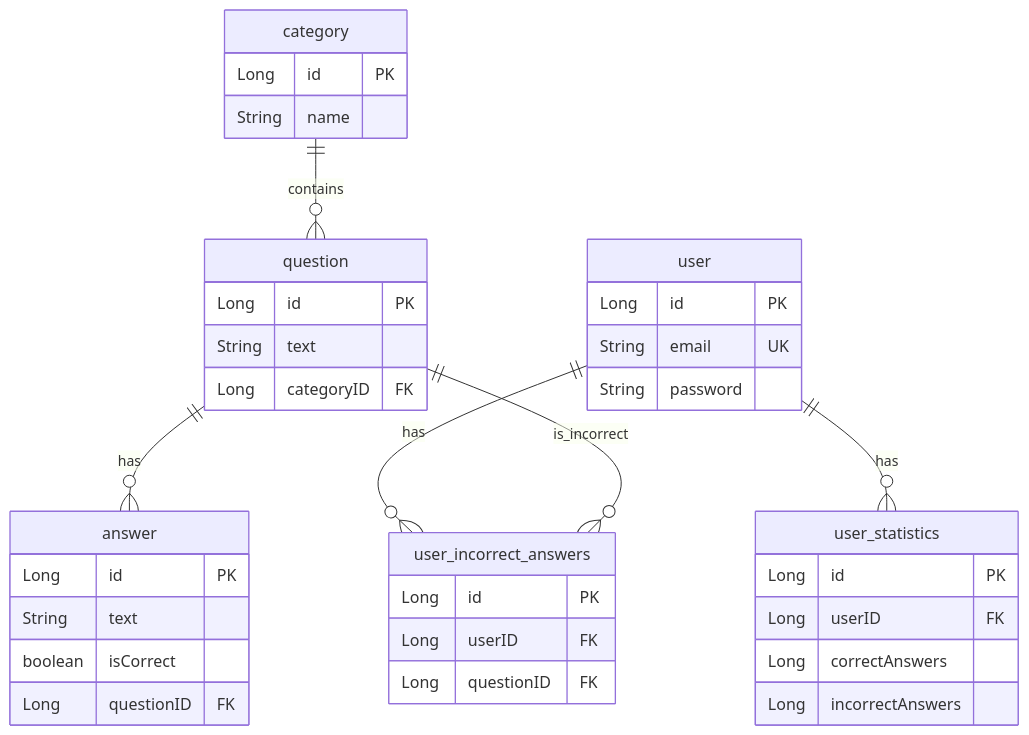
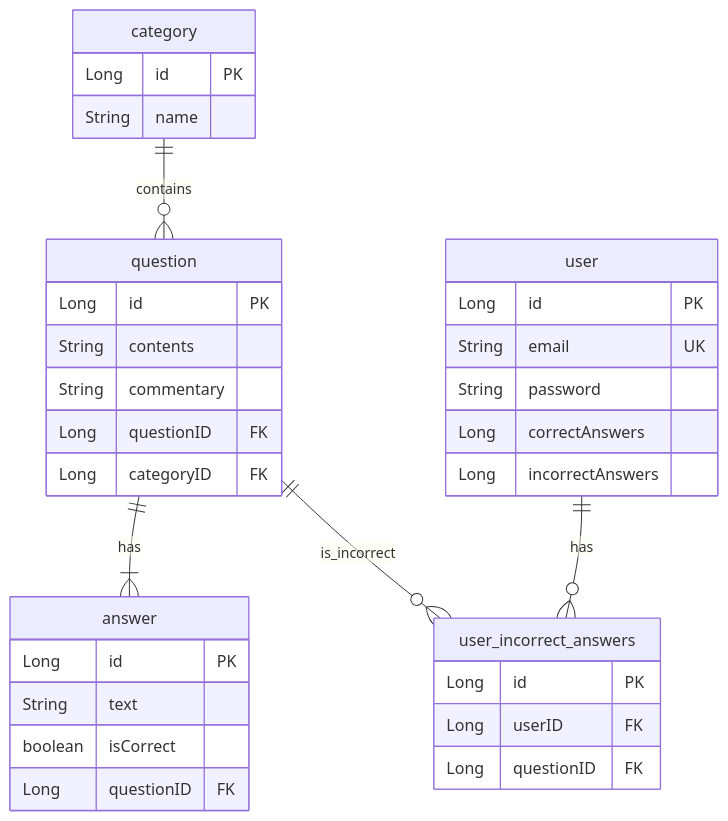
The diagram in README.md (Q-int/Qint_Backend), drawn with Mermaid before and after one commit.

Commit message:
docs: erd 수정

````diff
--- a/README.md
+++ b/README.md
@@ -3,45 +3,41 @@
 ```mermaid
 erDiagram
     user {
         Long id PK
         String email UK
         String password
+        Long correctAnswers
+        Long incorrectAnswers
     }
 
     category {
         Long id PK
         String name
     }
 
     question {
         Long id PK
-        String text
+        String contents
+        String commentary
+        Long questionID FK
         Long categoryID FK
     }
-
+    
     answer {
         Long id PK
         String text
         boolean isCorrect
         Long questionID FK
-    }
-
-    user_statistics {
-        Long id PK
-        Long userID FK
-        Long correctAnswers
-        Long incorrectAnswers
     }
 
     user_incorrect_answers {
         Long id PK
         Long userID FK
         Long questionID FK
     }
 
-    user ||--o{ user_statistics : has
     user ||--o{ user_incorrect_answers : has
     category ||--o{ question : contains
-    question ||--o{ answer : has
+    question ||--|{ answer : has
     question ||--o{ user_incorrect_answers : is_incorrect
 ```
````
